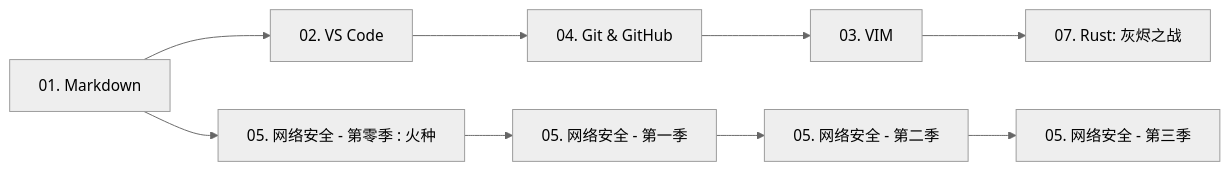
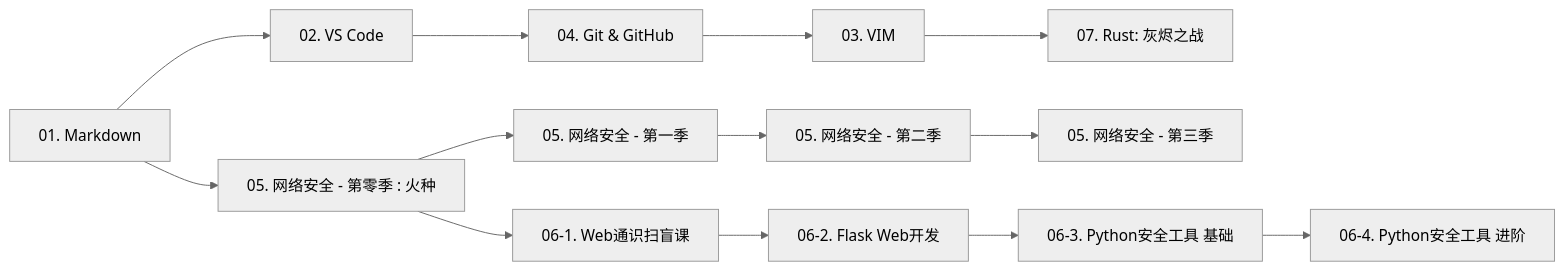
One commit to TheSilentOne-creator/The-Book-of-the-Night-Keeper changed the first of 2 diagrams in README.md. Above: the diagram before and after it, drawn with Mermaid (neutral theme). The commit also changed other lines of this file and 1 other file, not shown here.

````diff
--- a/README.md
+++ b/README.md
@@ -154,12 +157,16 @@
 ```mermaid
 flowchart LR
     A[01. Markdown] --> B[02. VS Code]
     A --> C[05. 网络安全 - 第零季 : 火种]
     B --> D[04. Git & GitHub]
     C --> E[05. 网络安全 - 第一季]
     D --> F[03. VIM]
     E --> G[05. 网络安全 - 第二季]
     G --> H[05. 网络安全 - 第三季]
     F --> I[07. Rust: 灰烬之战]
+    C --> J[06-1. Web通识扫盲课]
+    J --> K[06-2. Flask Web开发]
+    K --> L[06-3. Python安全工具 基础]
+    L --> M[06-4. Python安全工具 进阶]
     
 ```
````
